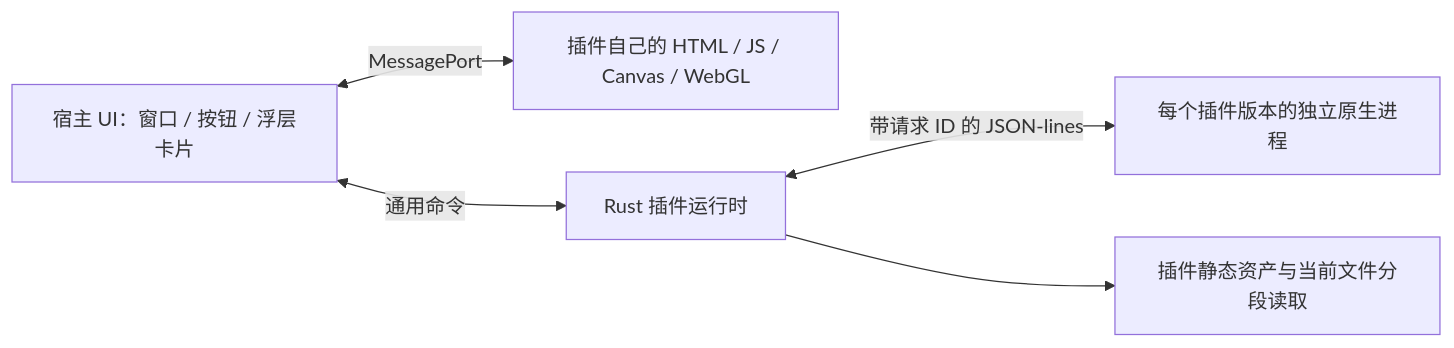
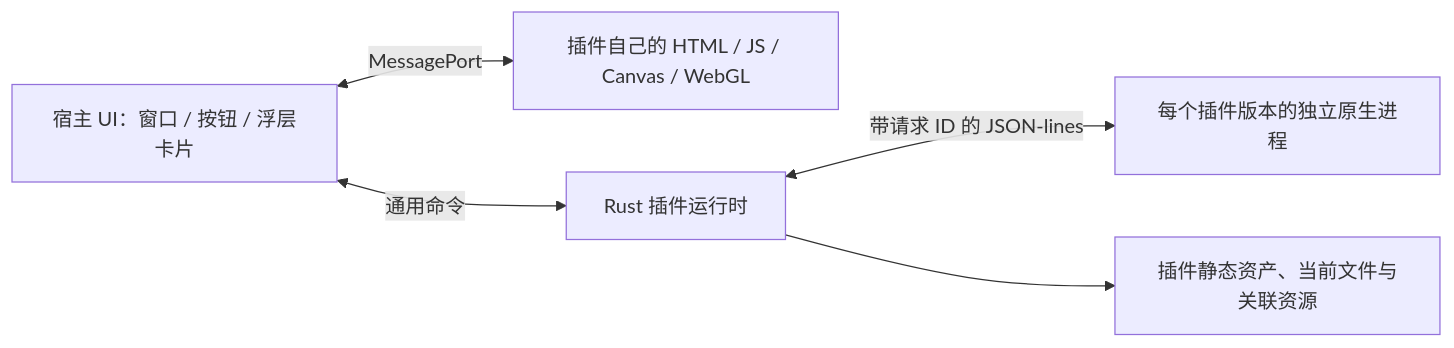
Before and after one commit to Ruszero01/ember-peek: the diagram in docs/architecture.md, drawn with Mermaid. The commit also changed other lines of this file and 24 other files, not shown here.

````diff
--- a/docs/architecture.md
+++ b/docs/architecture.md
@@ -3,7 +3,7 @@
 ```mermaid
 flowchart LR
   Shell[宿主 UI：窗口 / 按钮 / 浮层卡片] <-->|MessagePort| View[插件自己的 HTML / JS / Canvas / WebGL]
   Shell <-->|通用命令| Runtime[Rust 插件运行时]
   Runtime <-->|带请求 ID 的 JSON-lines| Process[每个插件版本的独立原生进程]
-  Runtime --> Assets[插件静态资产与当前文件分段读取]
+  Runtime --> Assets[插件静态资产、当前文件与关联资源]
 ```
````
